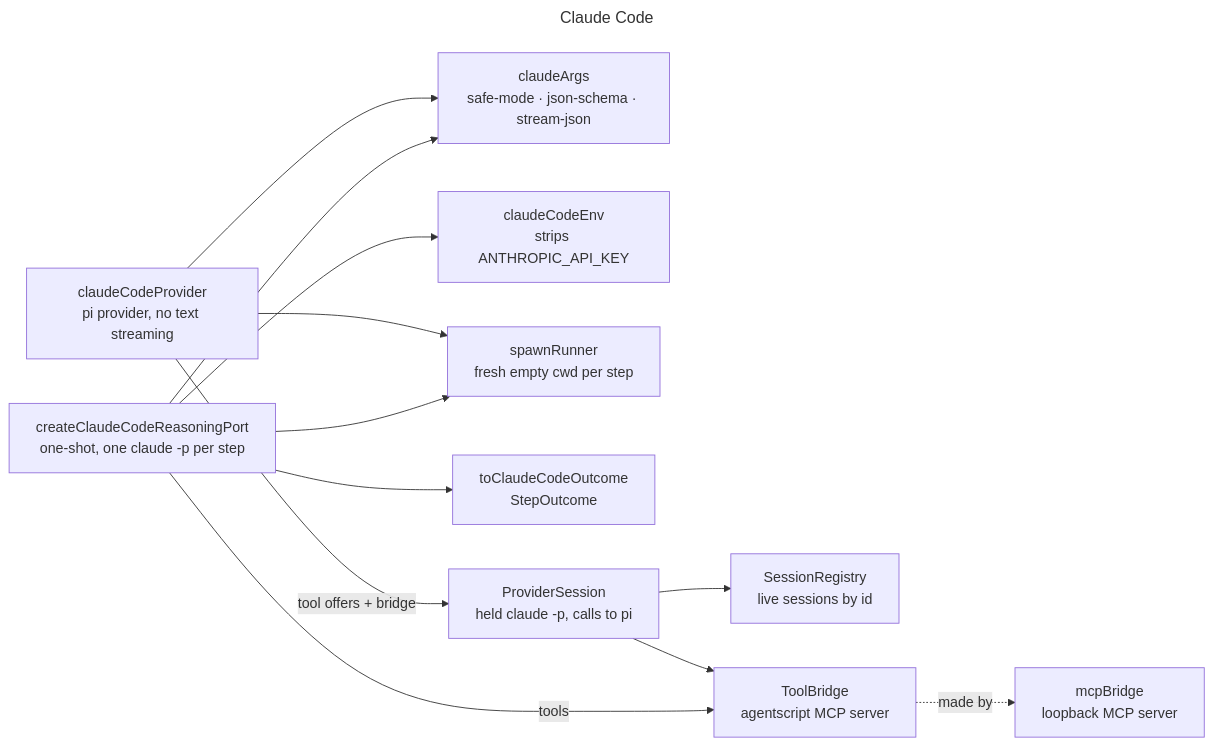
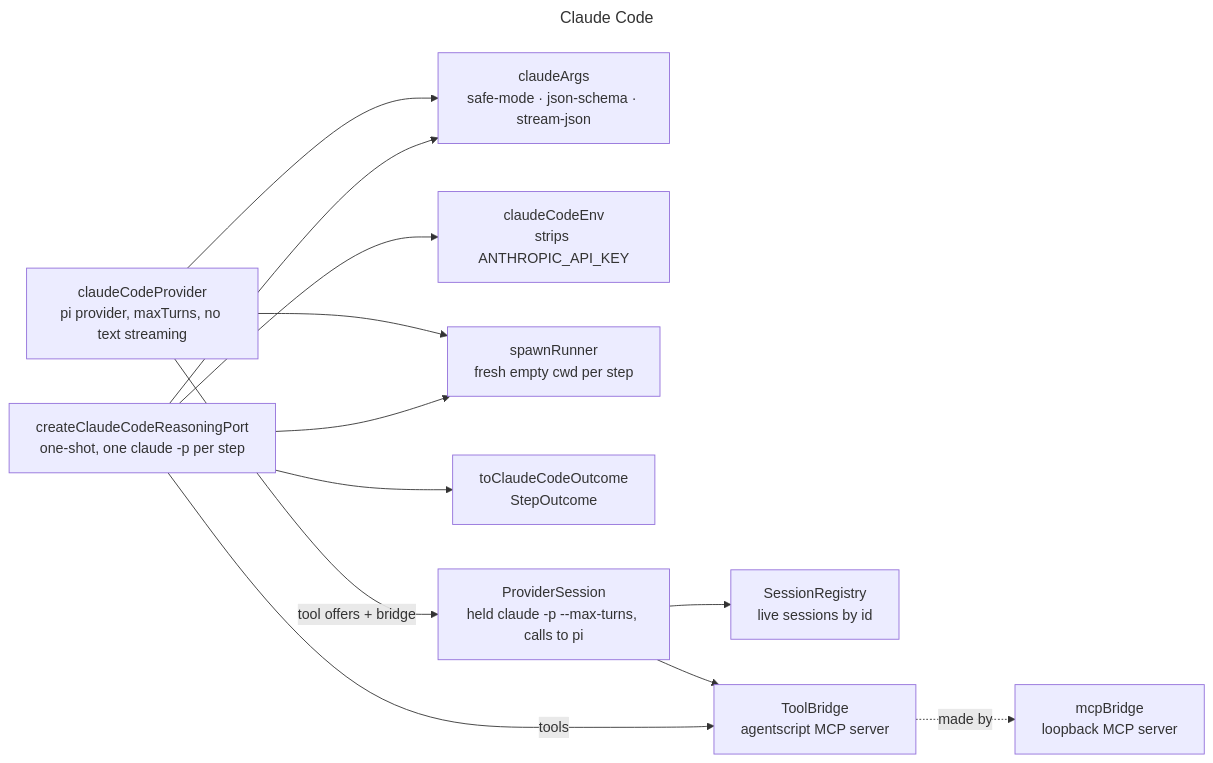
One commit to jtaylorcpp/specsesh-agent changed the diagram in blueprint/claude-code.mmd. Above: the diagram before and after it, drawn with Mermaid. The commit also changed 52 other files, not shown here.

First line of the commit message:
edit-and-turns: replace_in_file; a configurable Claude Code turn limit

```diff
--- a/blueprint/claude-code.mmd
+++ b/blueprint/claude-code.mmd
@@ -1,37 +1,39 @@
 ---
 title: Claude Code
 ---
 flowchart LR
   port[createClaudeCodeReasoningPort<br/>one-shot, one claude -p per step]
-  provider[claudeCodeProvider<br/>pi provider, no text streaming]
+  provider[claudeCodeProvider<br/>pi provider, maxTurns, no text streaming]
   args[claudeArgs<br/>safe-mode · json-schema · stream-json]
   env[claudeCodeEnv<br/>strips ANTHROPIC_API_KEY]
   spawn[spawnRunner<br/>fresh empty cwd per step]
   outcome[toClaudeCodeOutcome<br/>StepOutcome]
-  session[ProviderSession<br/>held claude -p, calls to pi]
+  session[ProviderSession<br/>held claude -p --max-turns, calls to pi]
   sessions[SessionRegistry<br/>live sessions by id]
   bridge[ToolBridge<br/>agentscript MCP server]
   mcpbridge[mcpBridge<br/>loopback MCP server]
 
   port --> args
   port --> spawn
   port --> env
   port --> outcome
   port -->|tools| bridge
   provider --> args
   provider --> spawn
   provider -->|tool offers + bridge| session
   session --> sessions
   session --> bridge
   bridge -.->|made by| mcpbridge
 
   %% code: port packages/agent/src/claude-code/claude-code.ts:258
-  %% code: provider packages/agent/src/claude-code/claude-code-provider.ts:96
+  %% code: provider packages/agent/src/claude-code/claude-code-provider.ts:104
   %% code: args packages/agent/src/claude-code/claude-code.ts:205
   %% code: env packages/agent/src/claude-code/claude-code.ts:241
   %% code: spawn packages/agent/src/claude-code/claude-code.ts:512
   %% code: outcome packages/agent/src/claude-code/claude-code.ts:461
   %% code: session packages/agent/src/claude-code/provider-session.ts:72
   %% code: sessions packages/agent/src/claude-code/provider-session.ts:34
   %% code: bridge packages/agent/src/claude-code/tool-bridge.ts:35
   %% code: mcpbridge packages/agent/src/mcp/mcp-bridge.ts:24
+
+  class provider,session done
```
